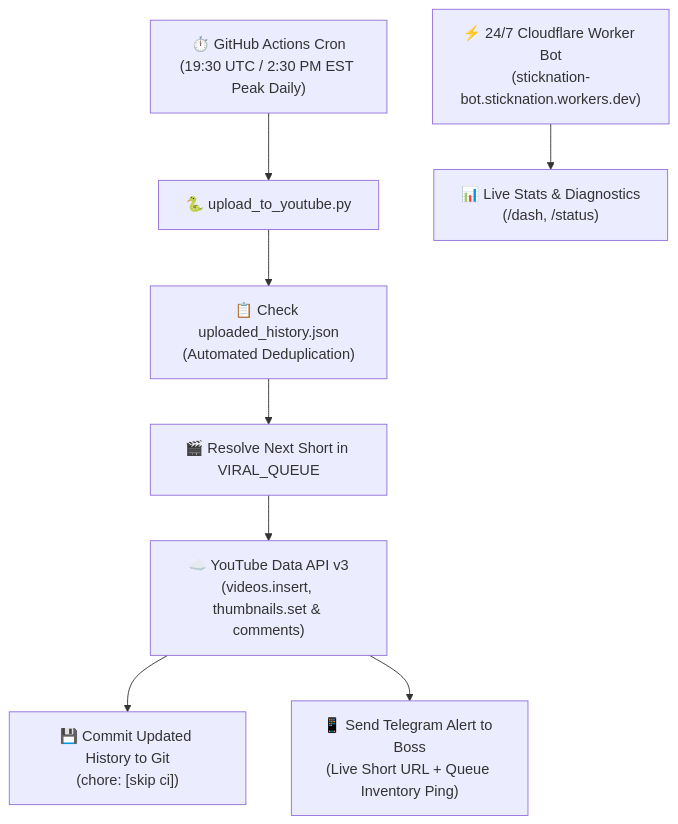
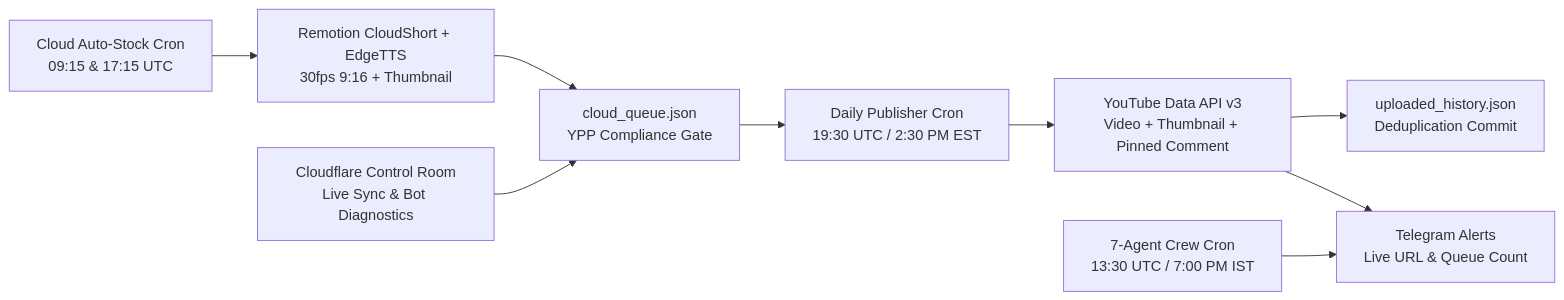
One commit to Charansingaraju1/stickman-automation changed the diagram in README.md. Above: the diagram before and after it, drawn with Mermaid. The commit also changed other lines of this file, not shown here.

Commit message:
docs: overhaul README with workflow badges, 7-agent overview, and verified queue [skip ci]

````diff
--- a/README.md
+++ b/README.md
@@ -14,10 +17,11 @@
 ```mermaid
-flowchart TD
-    A["⏱️ GitHub Actions Cron\n(19:30 UTC / 2:30 PM EST Peak Daily)"] --> B["🐍 upload_to_youtube.py"]
-    B --> C["📋 Check uploaded_history.json\n(Automated Deduplication)"]
-    C --> D["🎬 Resolve Next Short in VIRAL_QUEUE"]
-    D --> E["☁️ YouTube Data API v3\n(videos.insert, thumbnails.set & comments)"]
-    E --> F["💾 Commit Updated History to Git\n(chore: [skip ci])"]
-    E --> G["📱 Send Telegram Alert to Boss\n(Live Short URL + Queue Inventory Ping)"]
-    H["⚡ 24/7 Cloudflare Worker Bot\n(sticknation-bot.sticknation.workers.dev)"] --> I["📊 Live Stats & Diagnostics\n(/dash, /status)"]
+flowchart LR
+    F["Cloud Auto-Stock Cron\n09:15 & 17:15 UTC"] --> R["Remotion CloudShort + EdgeTTS\n30fps 9:16 + Thumbnail"]
+    R --> Q["cloud_queue.json\nYPP Compliance Gate"]
+    Q --> P["Daily Publisher Cron\n19:30 UTC / 2:30 PM EST"]
+    P --> YT["YouTube Data API v3\nVideo + Thumbnail + Pinned Comment"]
+    YT --> H["uploaded_history.json\nDeduplication Commit"]
+    YT --> TG["Telegram Alerts\nLive URL & Queue Count"]
+    A["7-Agent Crew Cron\n13:30 UTC / 7:00 PM IST"] --> TG
+    CF["Cloudflare Control Room\nLive Sync & Bot Diagnostics"] --> Q
 ```
````
